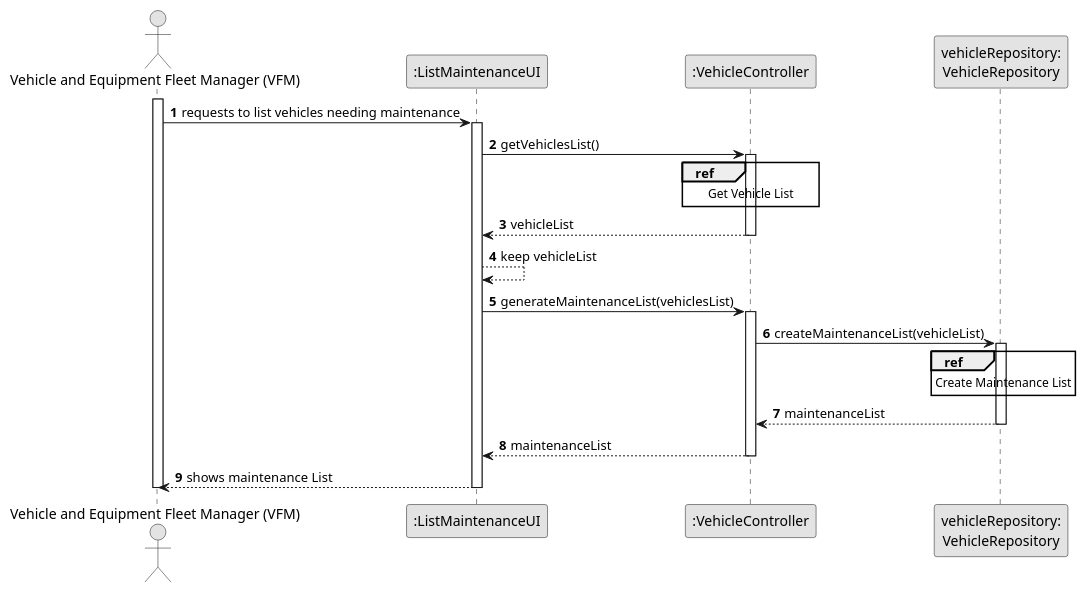
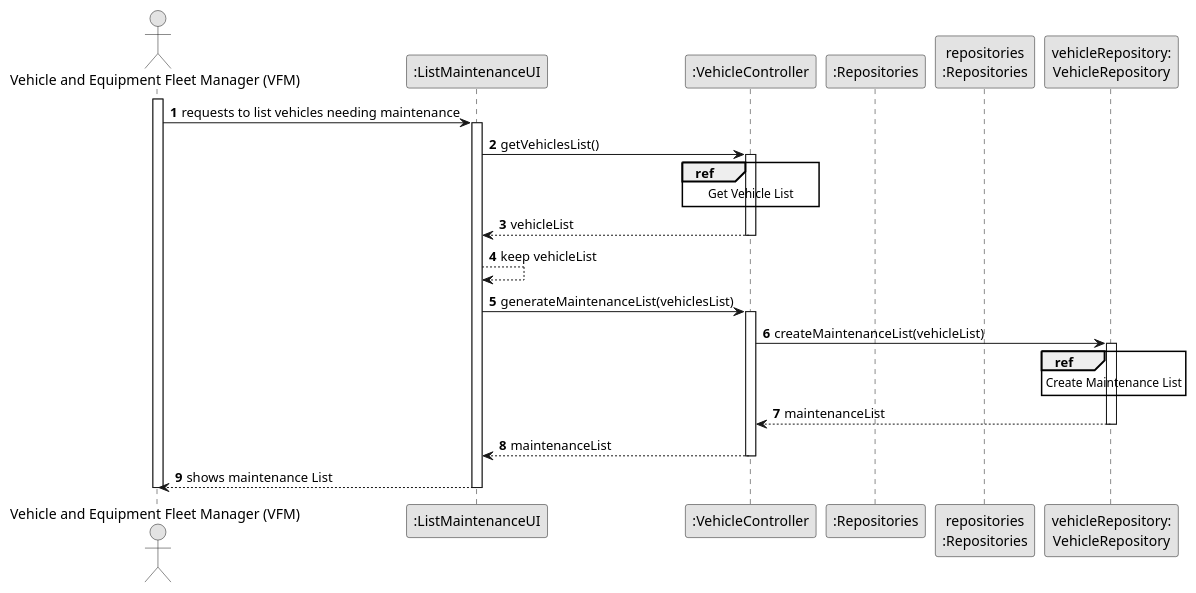
Before and after one commit to RicardoMorim/lapr2-ISEP-Project: the diagram in docs/sprintB/us008/03.design/puml/us008-sequence-diagram-split.puml, drawn with PlantUML. The commit also changed 7 other files, not shown here.

```diff
--- a/docs/sprintB/us008/03.design/puml/us008-sequence-diagram-split.puml
+++ b/docs/sprintB/us008/03.design/puml/us008-sequence-diagram-split.puml
@@ -1,52 +1,54 @@
 @startuml
 skinparam monochrome true
 skinparam packageStyle rectangle
 skinparam shadowing false
 
 
 autonumber
 
 'hide footbox
 actor "Vehicle and Equipment Fleet Manager (VFM)" as VFM
 participant ":ListMaintenanceUI" as UI
 participant ":VehicleController" as CTRL
+participant ":Repositories" as RepositorySingleton
+participant "repositories\n:Repositories" as PLAT
 participant "vehicleRepository:\nVehicleRepository" as VehicleRepository
 activate VFM
 
     VFM -> UI : requests to list vehicles needing maintenance
     activate UI
 
         UI -> CTRL : getVehiclesList()
         activate CTRL
 
             ref over CTRL
                 Get Vehicle List
             end ref
 
             CTRL --> UI : vehicleList
         deactivate CTRL
 
         UI --> UI : keep vehicleList
 
         UI -> CTRL : generateMaintenanceList(vehiclesList)
         activate CTRL
 
         CTRL -> VehicleRepository: createMaintenanceList(vehicleList)
         activate VehicleRepository
 
             ref over VehicleRepository
                 Create Maintenance List
             end ref
 
         VehicleRepository --> CTRL: maintenanceList
         deactivate VehicleRepository
 
             CTRL --> UI : maintenanceList
         deactivate CTRL
 
         UI --> VFM : shows maintenance List
     deactivate UI
 
 deactivate VFM
 
 @enduml
```
